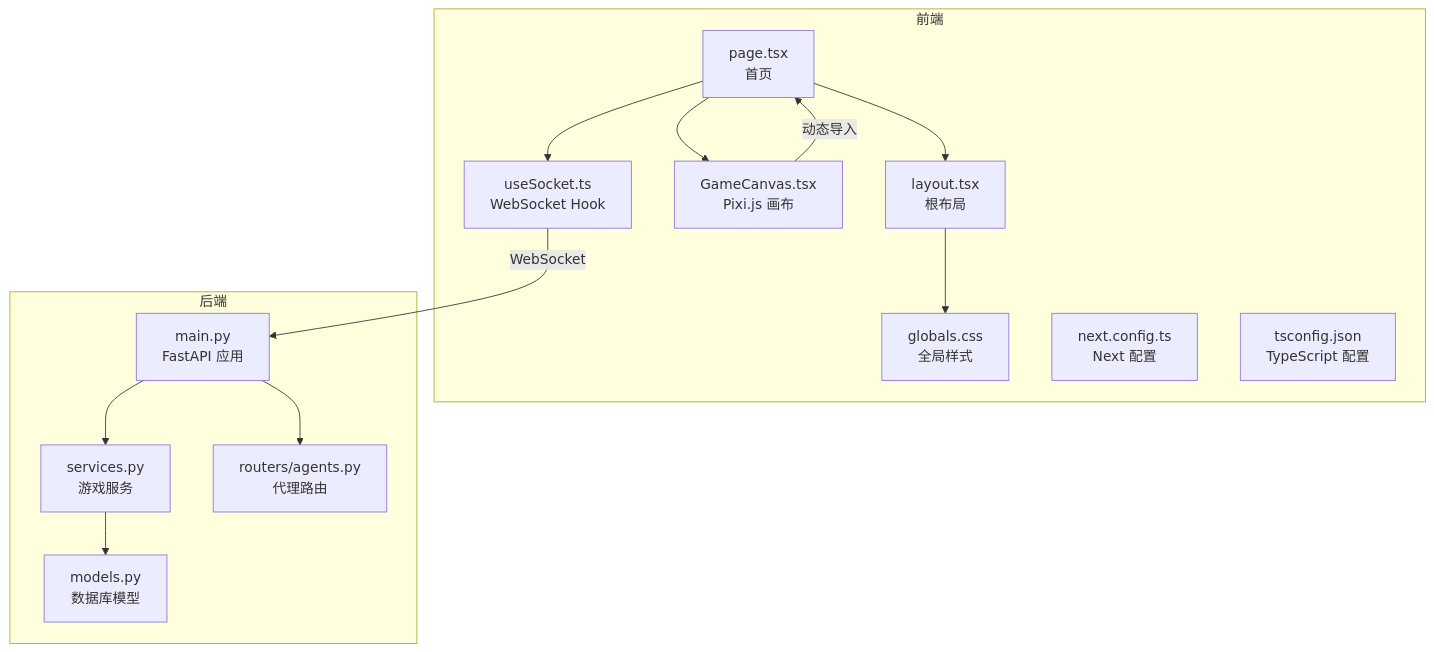
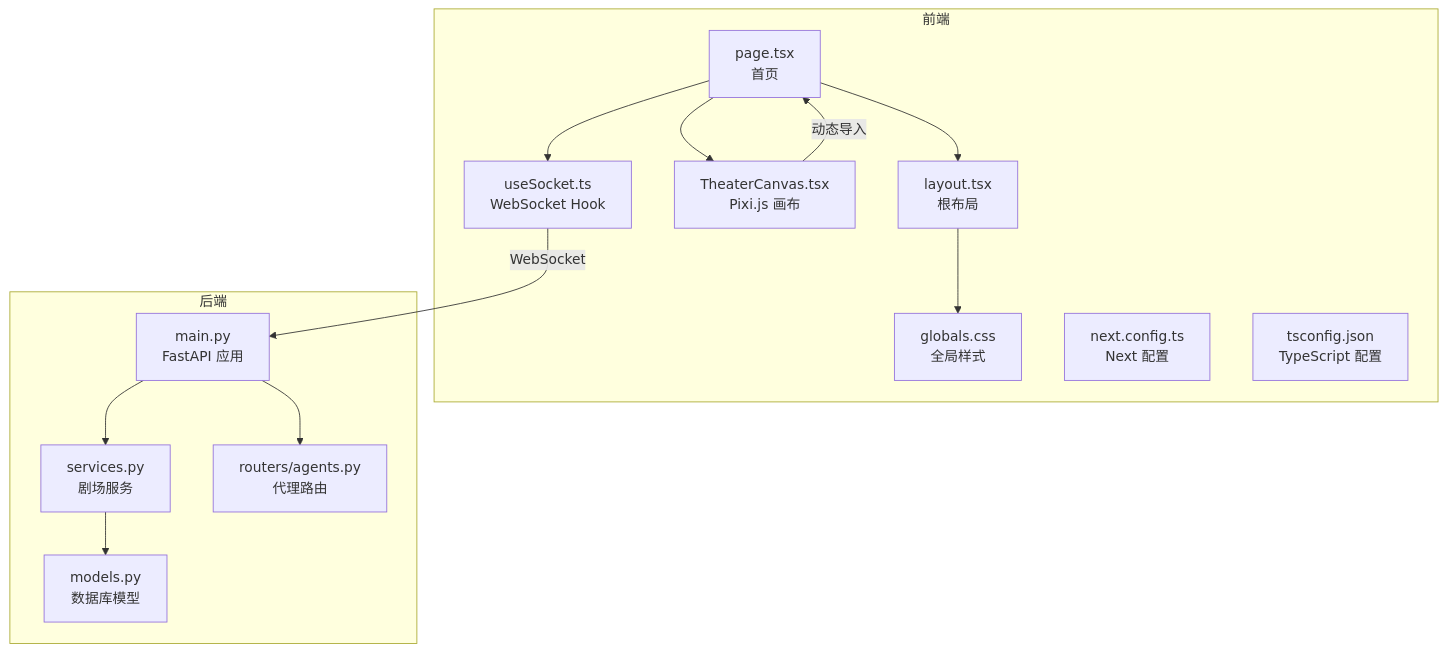
Before and after one commit to KunLabAI/KunFlix: the first of 6 diagrams in .qoder/repowiki/zh/content/故障排除/前端渲染问题.md, drawn with Mermaid. The commit also changed other lines of this file and 112 other files, not shown here.

````diff
--- a/.qoder/repowiki/zh/content/故障排除/前端渲染问题.md
+++ b/.qoder/repowiki/zh/content/故障排除/前端渲染问题.md
@@ -49,27 +49,27 @@
 ```mermaid
 graph TB
 subgraph "前端"
 L["layout.tsx<br/>根布局"]
 P["page.tsx<br/>首页"]
-C["GameCanvas.tsx<br/>Pixi.js 画布"]
+C["TheaterCanvas.tsx<br/>Pixi.js 画布"]
 S["useSocket.ts<br/>WebSocket Hook"]
 G["globals.css<br/>全局样式"]
 N["next.config.ts<br/>Next 配置"]
 T["tsconfig.json<br/>TypeScript 配置"]
 end
 subgraph "后端"
 M["main.py<br/>FastAPI 应用"]
-SV["services.py<br/>游戏服务"]
+SV["services.py<br/>剧场服务"]
 MD["models.py<br/>数据库模型"]
 RT["routers/agents.py<br/>代理路由"]
 end
 P --> C
 P --> S
 L --> G
 P --> L
 C --> |"动态导入"| P
 S --> |"WebSocket"| M
 M --> SV
 SV --> MD
 M --> RT
 ```
````
